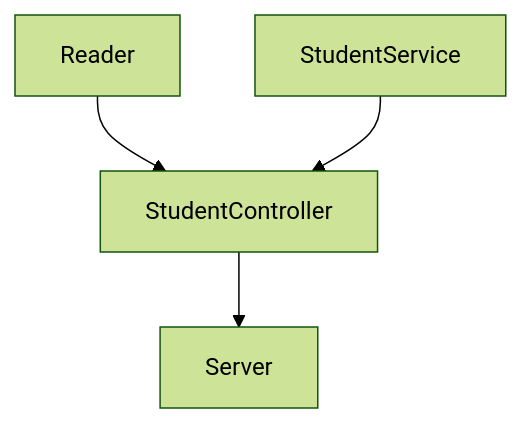
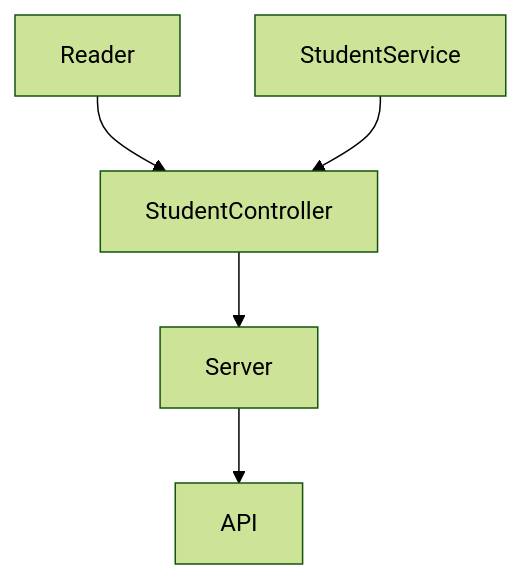
The diagram in README.md (rorrostieta/vp_codechallenge), drawn with Mermaid (forest theme) before and after one commit. The commit also changed other lines of this file, not shown here.

````diff
--- a/README.md
+++ b/README.md
@@ -21,6 +24,7 @@
 ```mermaid
 graph TD;
     Reader-->StudentController;
     StudentService-->StudentController;
-    StudentController-->Server
+    StudentController-->Server;
+    Server-->API;
 ```
````
